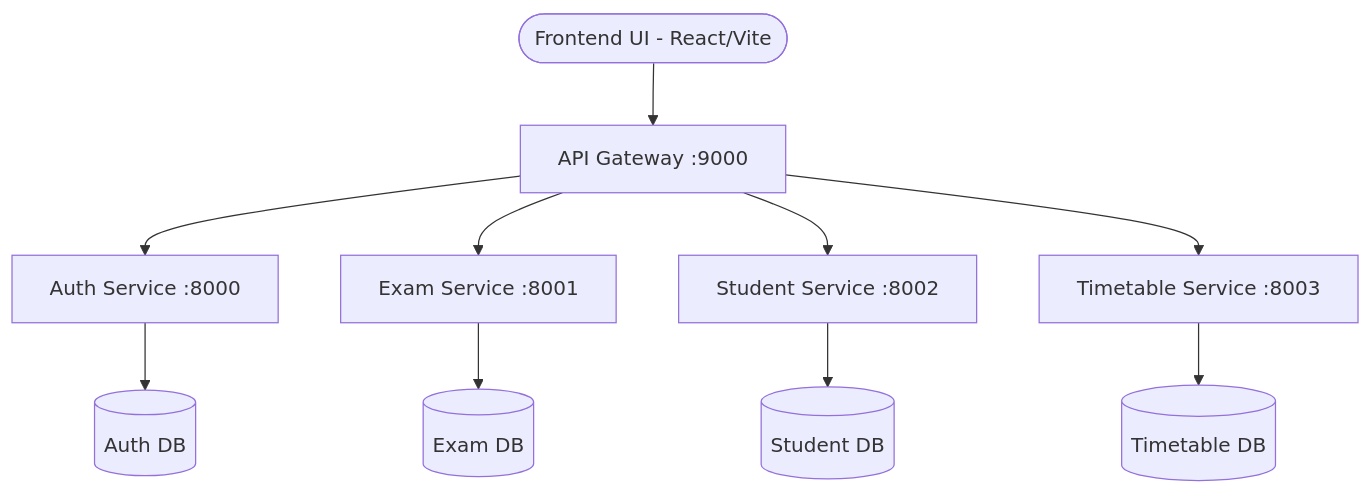
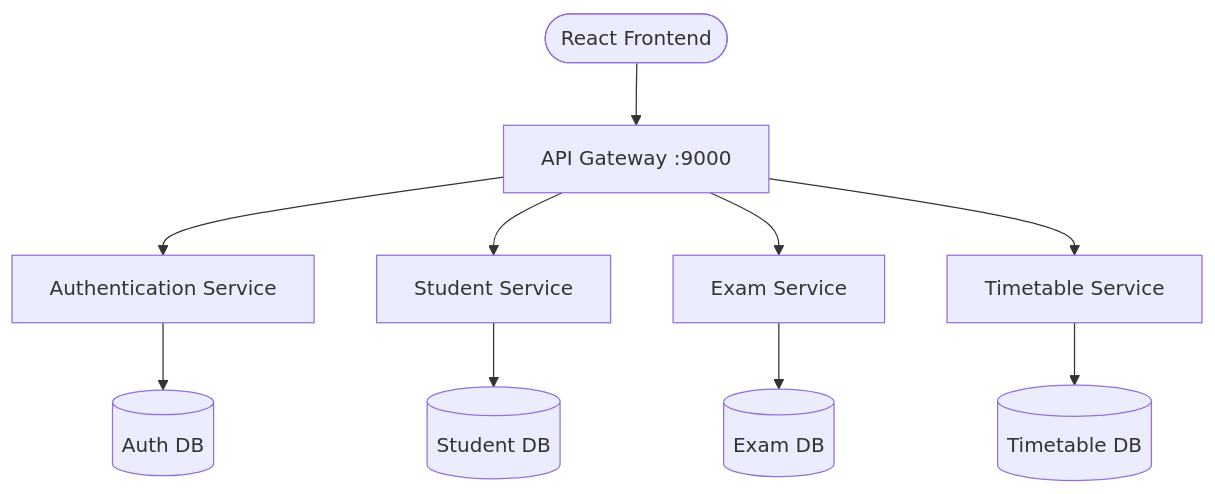
The diagram in README.md (JahnviPriyam/schoolums), drawn with Mermaid before and after one commit. The commit also changed other lines of this file, not shown here.

````diff
--- a/README.md
+++ b/README.md
@@ -41,14 +72,14 @@
 ```mermaid
 graph TD
-    Client([Frontend UI - React/Vite]) --> Gateway[API Gateway :9000]
-    
-    Gateway --> Auth[Auth Service :8000]
-    Gateway --> Exam[Exam Service :8001]
-    Gateway --> Student[Student Service :8002]
-    Gateway --> Time[Timetable Service :8003]
-    
+    Client([React Frontend]) --> Gateway[API Gateway :9000]
+
+    Gateway --> Auth[Authentication Service]
+    Gateway --> Student[Student Service]
+    Gateway --> Exam[Exam Service]
+    Gateway --> Time[Timetable Service]
+
     Auth --> DB1[(Auth DB)]
-    Exam --> DB2[(Exam DB)]
-    Student --> DB3[(Student DB)]
+    Student --> DB2[(Student DB)]
+    Exam --> DB3[(Exam DB)]
     Time --> DB4[(Timetable DB)]
 ```
````
